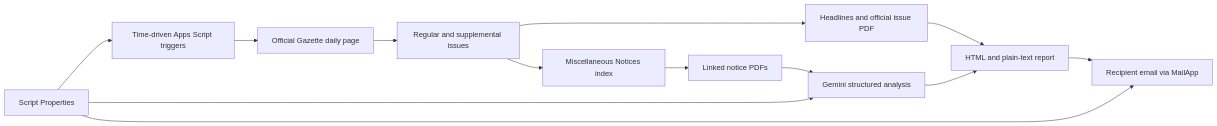
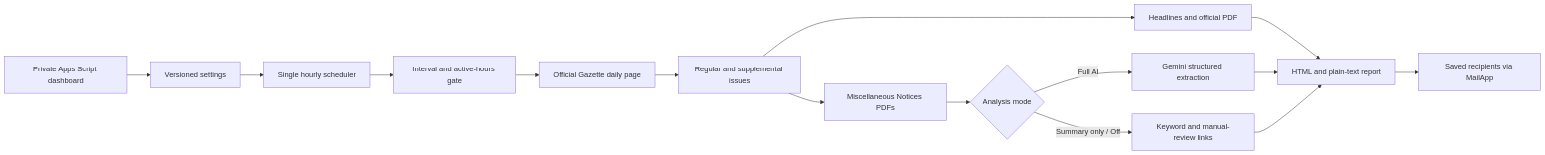
One commit to yberkayinci/turkish-official-gazette-academic-alerts changed the diagram in README.md. Above: the diagram before and after it, drawn with Mermaid. The commit also changed other lines of this file and 13 other files, not shown here.

Commit message:
Add professional settings dashboard and optional AI modes (#1)

````diff
--- a/README.md
+++ b/README.md
@@ -27,15 +58,17 @@
 ```mermaid
 flowchart LR
-    A["Time-driven Apps Script triggers"] --> B["Official Gazette daily page"]
-    B --> C["Regular and supplemental issues"]
-    C --> D["Headlines and official issue PDF"]
-    C --> E["Miscellaneous Notices index"]
-    E --> F["Linked notice PDFs"]
-    F --> G["Gemini structured analysis"]
-    D --> H["HTML and plain-text report"]
-    G --> H
-    H --> I["Recipient email via MailApp"]
-    J["Script Properties"] --> A
-    J --> G
-    J --> I
+    A["Private Apps Script dashboard"] --> B["Versioned settings"]
+    B --> C["Single hourly scheduler"]
+    C --> D["Interval and active-hours gate"]
+    D --> E["Official Gazette daily page"]
+    E --> F["Regular and supplemental issues"]
+    F --> G["Headlines and official PDF"]
+    F --> H["Miscellaneous Notices PDFs"]
+    H --> I{"Analysis mode"}
+    I -->|"Full AI"| J["Gemini structured extraction"]
+    I -->|"Summary only / Off"| K["Keyword and manual-review links"]
+    G --> L["HTML and plain-text report"]
+    J --> L
+    K --> L
+    L --> M["Saved recipients via MailApp"]
 ```
````
